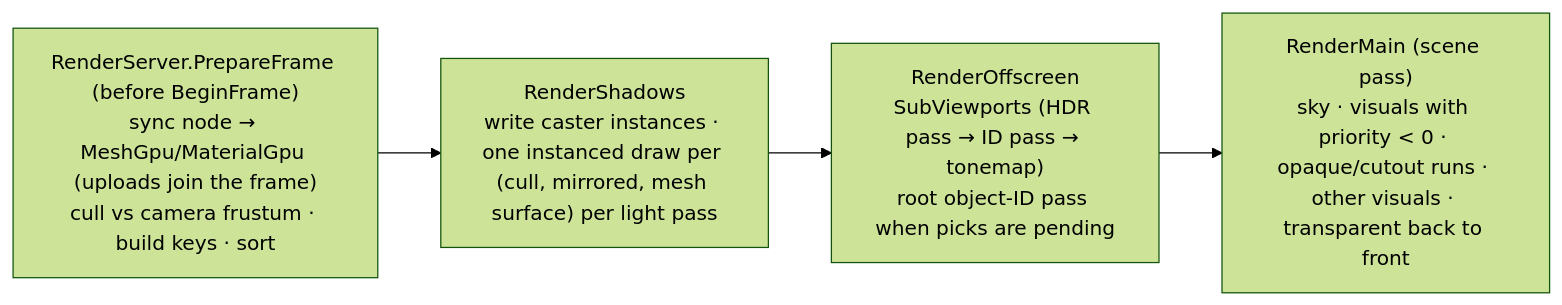
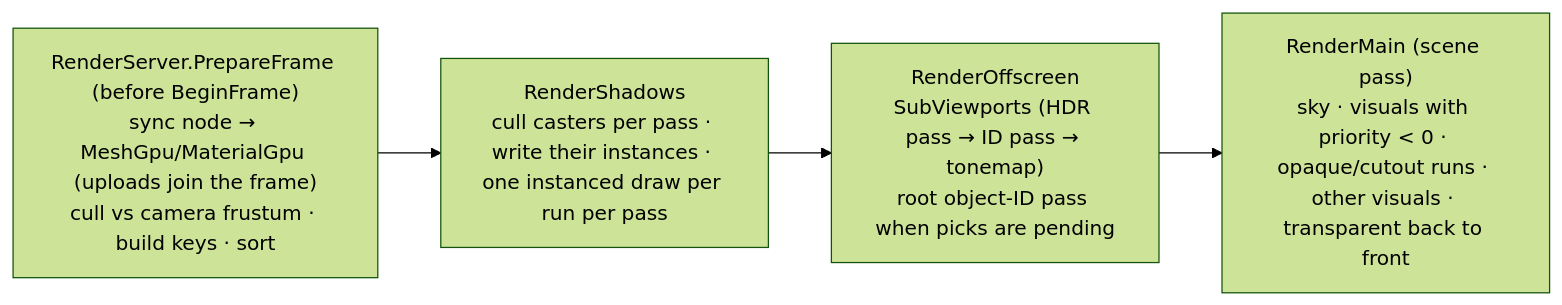
One commit to Mainframe-Games/mainframe-engine changed the diagram in docs/design/materials-and-meshes.md. Above: the diagram before and after it, drawn with Mermaid (forest theme). The commit also changed other lines of this file and 12 other files, not shown here.

````diff
--- a/docs/design/materials-and-meshes.md
+++ b/docs/design/materials-and-meshes.md
@@ -144,6 +144,6 @@
 ```mermaid
 flowchart LR
-    P["RenderServer.PrepareFrame (before BeginFrame)<br/>sync node → MeshGpu/MaterialGpu (uploads join the frame)<br/>cull vs camera frustum · build keys · sort"] --> S["RenderShadows<br/>write caster instances · one instanced draw per (cull, mirrored, mesh surface) per light pass"]
+    P["RenderServer.PrepareFrame (before BeginFrame)<br/>sync node → MeshGpu/MaterialGpu (uploads join the frame)<br/>cull vs camera frustum · build keys · sort"] --> S["RenderShadows<br/>cull casters per pass · write their instances · one instanced draw per run per pass"]
     S --> O["RenderOffscreen<br/>SubViewports (HDR pass → ID pass → tonemap)<br/>root object-ID pass when picks are pending"]
     O --> M["RenderMain (scene pass)<br/>sky · visuals with priority &lt; 0 · opaque/cutout runs · other visuals · transparent back to front"]
 ```
````
